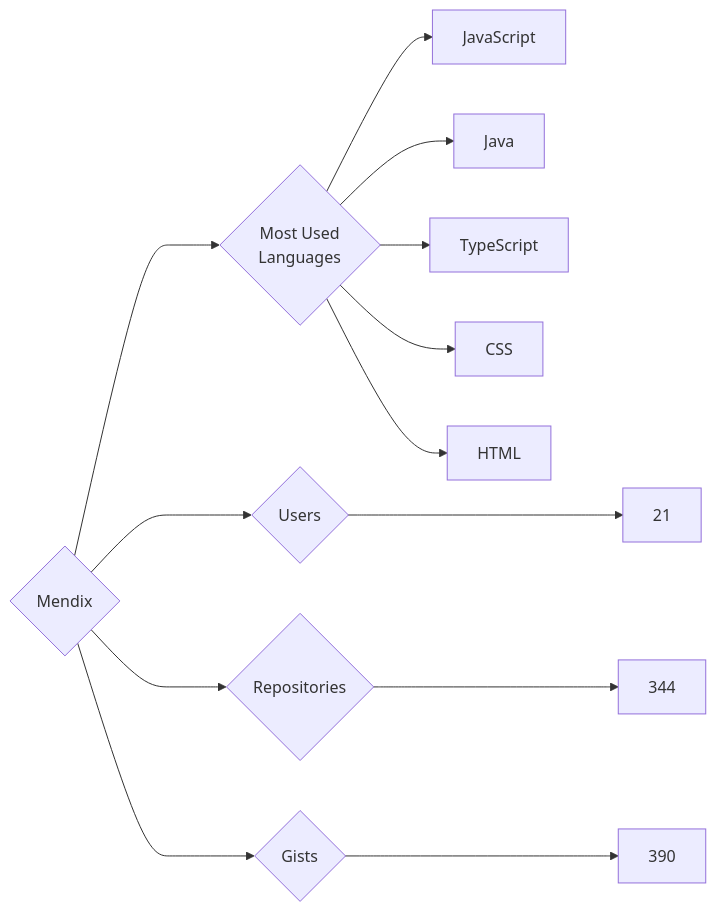
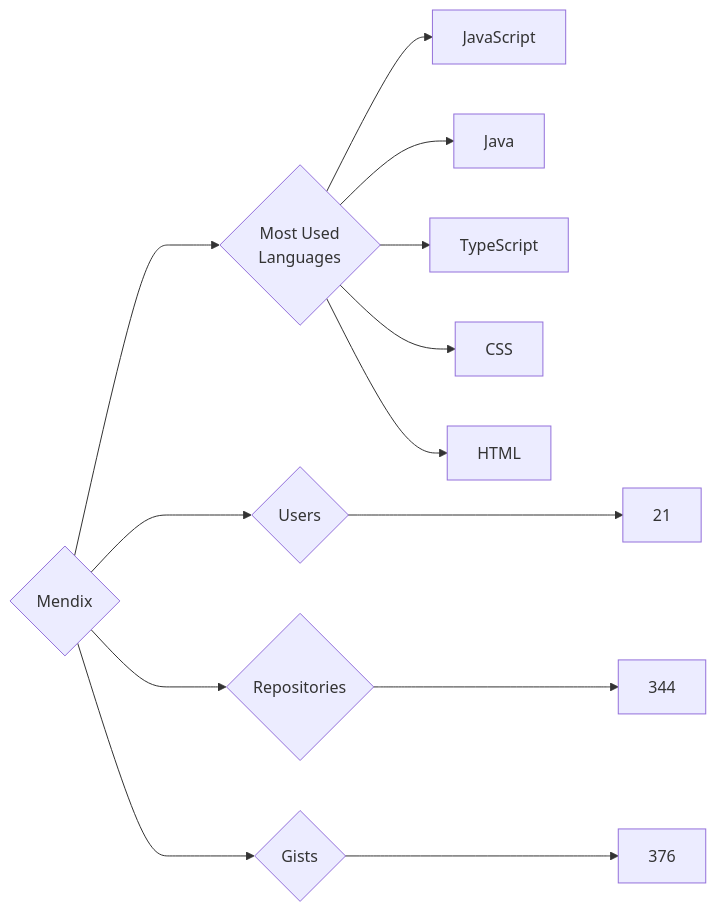
One commit to trickest/insiders changed the diagram in targets/Mendix/README.md. Above: the diagram before and after it, drawn with Mermaid. The commit also changed 898 other files, not shown here.

````diff
--- a/targets/Mendix/README.md
+++ b/targets/Mendix/README.md
@@ -3,13 +3,13 @@
 ```mermaid
 graph LR
 COMPANY_NAME{Mendix}
 COMPANY_NAME ---> U{Users} ---> UN[21]
 COMPANY_NAME ---> R{Repositories} ---> RN[344]
-COMPANY_NAME ---> G{Gists} ---> GN[390]
+COMPANY_NAME ---> G{Gists} ---> GN[376]
 COMPANY_NAME ---> ML{Most Used<br>Languages}
 ML --> JavaScript[JavaScript]
 ML --> Java[Java]
 ML --> TypeScript[TypeScript]
 ML --> CSS[CSS]
 ML --> HTML[HTML]
 ```
````
